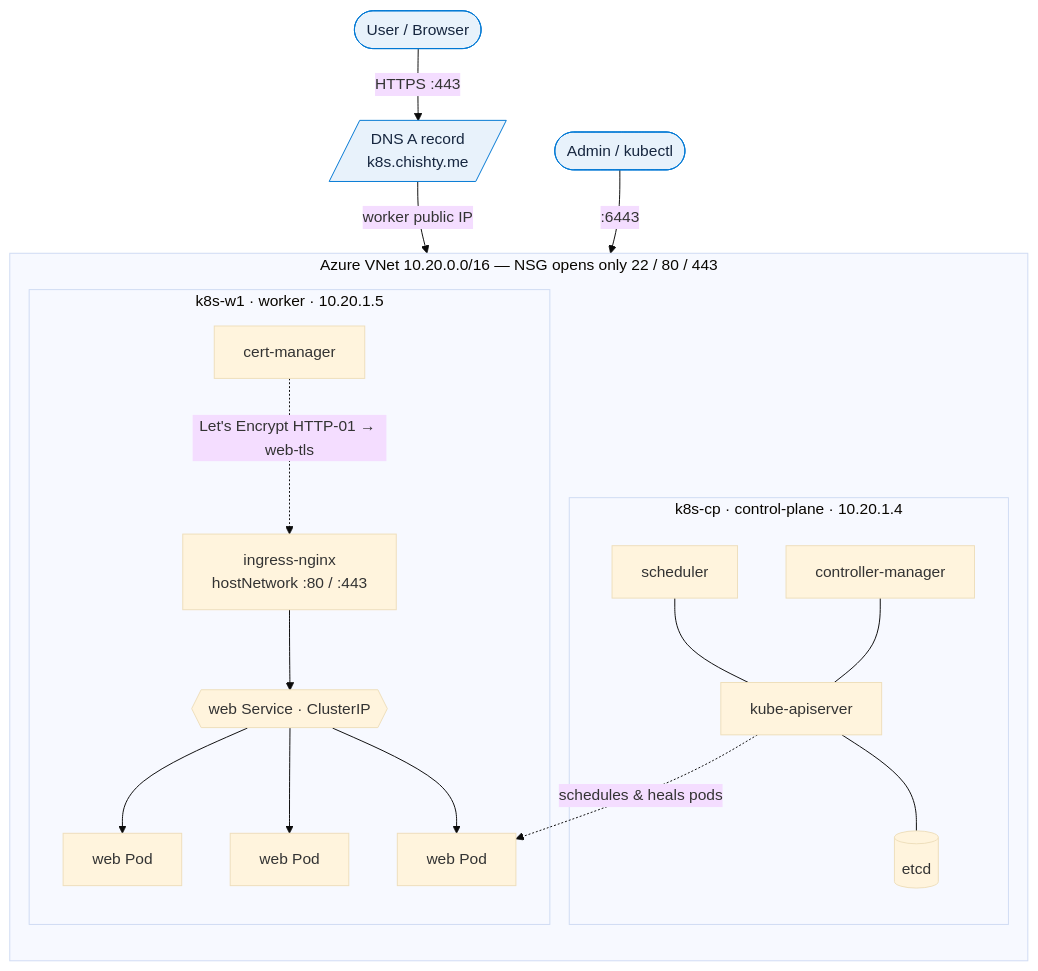
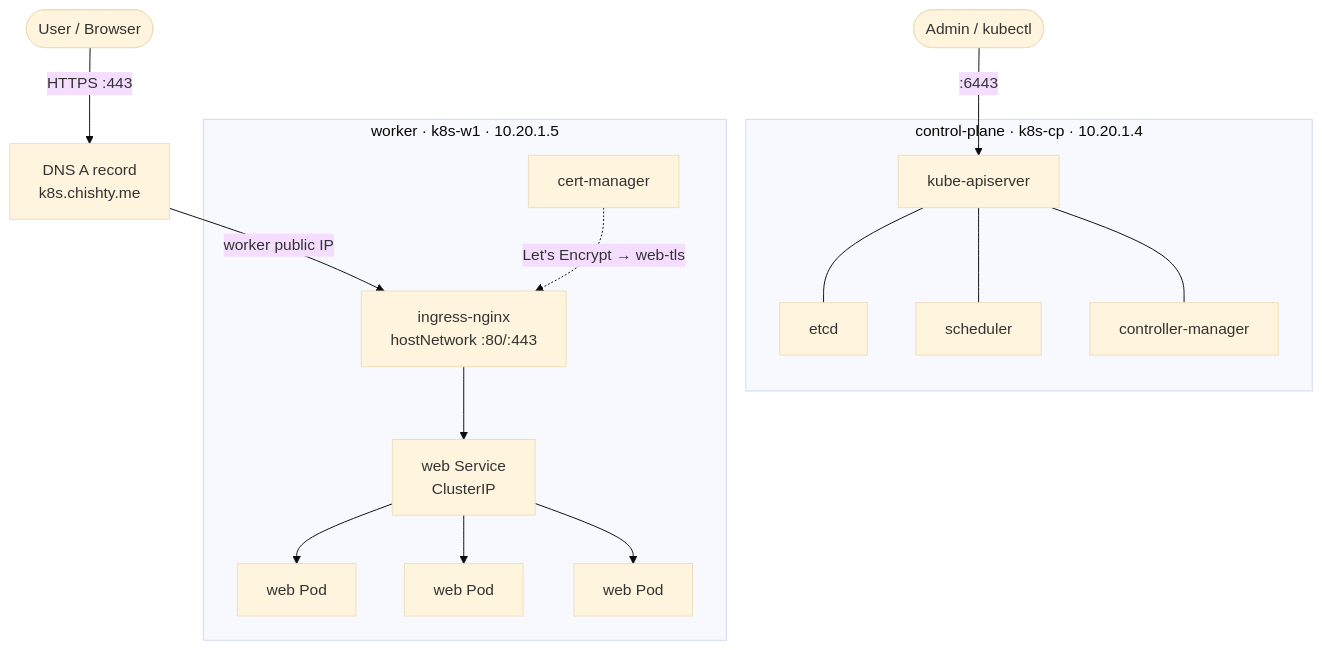
One commit to chishty313/kubeadm-kubernetes-on-azure changed the diagram in README.md. Above: the diagram before and after it, drawn with Mermaid (base theme). The commit also changed other lines of this file and 1 other file, not shown here.

Commit message:
docs: fix Mermaid diagrams to render natively on GitHub

````diff
--- a/README.md
+++ b/README.md
@@ -24,41 +24,35 @@
 ```mermaid
 flowchart TD
     USER([User / Browser])
     ADMIN([Admin / kubectl])
-    DNS[/"DNS A record<br/>k8s.chishty.me"/]
+    DNS["DNS A record<br/>k8s.chishty.me"]
 
-    USER -->|HTTPS :443| DNS
+    USER -->|"HTTPS :443"| DNS
+    DNS -->|"worker public IP"| ING
 
-    subgraph AZ["Azure VNet 10.20.0.0/16 — NSG opens only 22 / 80 / 443"]
-      direction TB
-      subgraph CP["k8s-cp · control-plane · 10.20.1.4"]
-        API[kube-apiserver]
-        ETCD[("etcd")]
-        SCH[scheduler]
-        CM[controller-manager]
+    subgraph CP["control-plane · k8s-cp · 10.20.1.4"]
+        API["kube-apiserver"]
+        ETCD["etcd"]
+        SCH["scheduler"]
+        CM["controller-manager"]
         API --- ETCD
-        SCH --- API
-        CM --- API
-      end
-      subgraph W1["k8s-w1 · worker · 10.20.1.5"]
-        ING["ingress-nginx<br/>hostNetwork :80 / :443"]
-        SVC{{"web Service · ClusterIP"}}
-        P1[web Pod]
-        P2[web Pod]
-        P3[web Pod]
-        CERT[cert-manager]
+        API --- SCH
+        API --- CM
+    end
+
+    subgraph W1["worker · k8s-w1 · 10.20.1.5"]
+        ING["ingress-nginx<br/>hostNetwork :80/:443"]
+        SVC["web Service<br/>ClusterIP"]
+        CERT["cert-manager"]
+        P1["web Pod"]
+        P2["web Pod"]
+        P3["web Pod"]
         ING --> SVC
         SVC --> P1
         SVC --> P2
         SVC --> P3
-      end
+        CERT -.->|"Let's Encrypt → web-tls"| ING
     end
 
-    DNS -->|worker public IP| ING
-    CERT -.->|"Let's Encrypt HTTP-01 → web-tls"| ING
     ADMIN -->|":6443"| API
-    API -.->|"schedules & heals pods"| P1
-
-    classDef ext fill:#e8f2fb,stroke:#0078D4,color:#16263f;
-    class USER,ADMIN,DNS ext;
 ```
````
